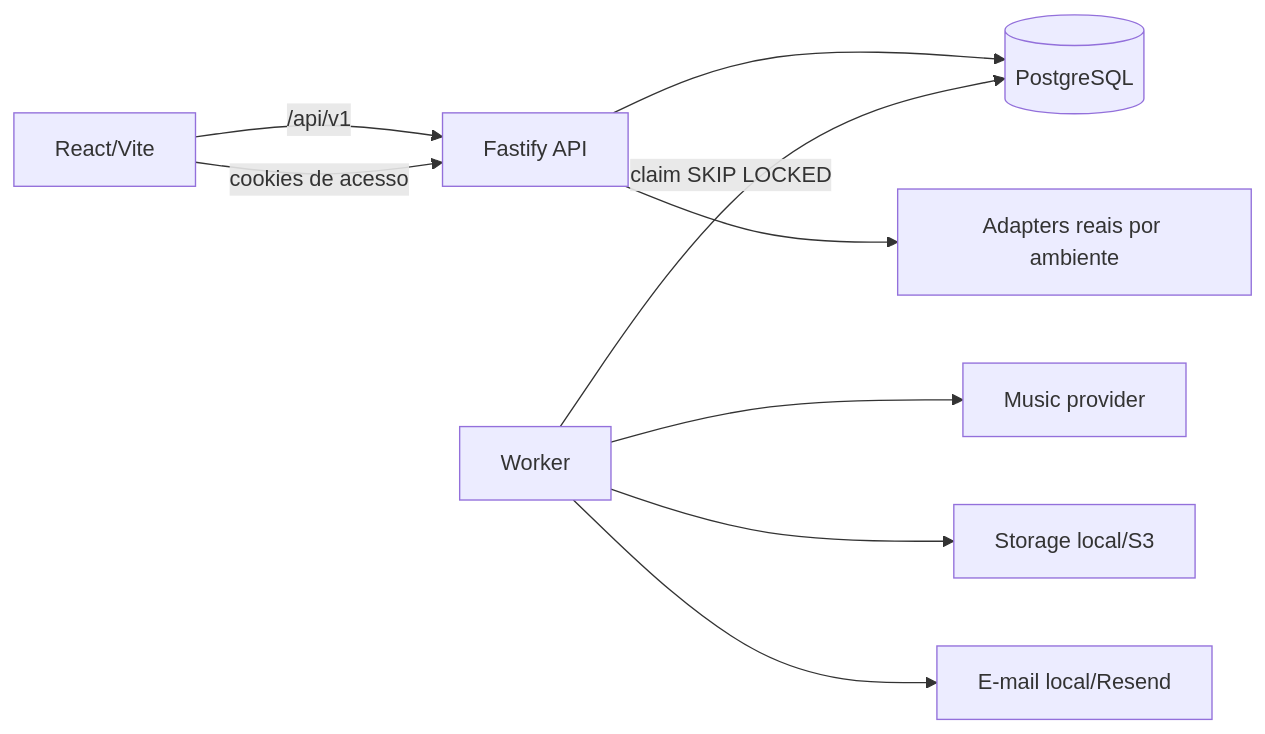
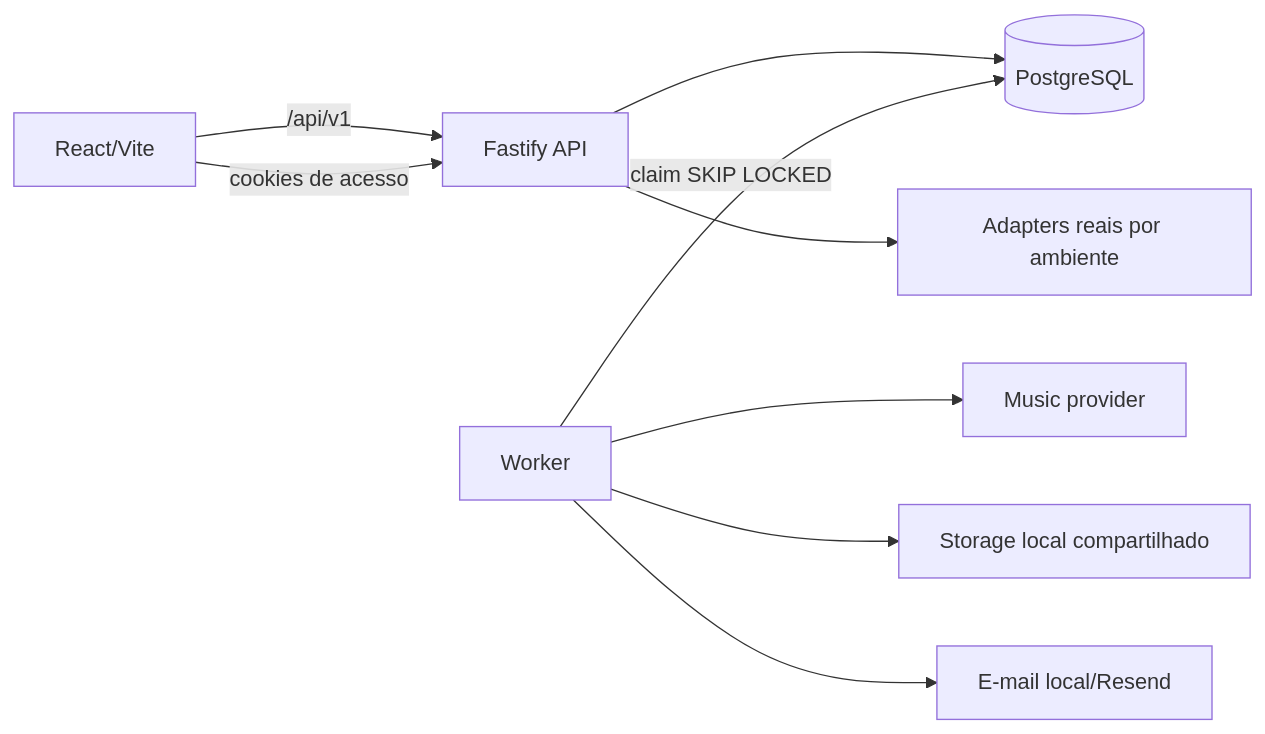
One commit to gustavospriebe/music changed the diagram in docs/architecture.md. Above: the diagram before and after it, drawn with Mermaid. The commit also changed 25 other files, not shown here.

First line of the commit message:
Replace Mercado Pago and S3 with AbacatePay and shared local storage

````diff
--- a/docs/architecture.md
+++ b/docs/architecture.md
@@ -3,11 +3,11 @@
 ```mermaid
 flowchart LR
   W[React/Vite] -->|/api/v1| A[Fastify API]
   A --> D[(PostgreSQL)]
   A --> P[Adapters reais por ambiente]
   K[Worker] -->|claim SKIP LOCKED| D
   K --> M[Music provider]
-  K --> S[Storage local/S3]
+  K --> S[Storage local compartilhado]
   K --> E[E-mail local/Resend]
   W -->|cookies de acesso| A
 ```
````
